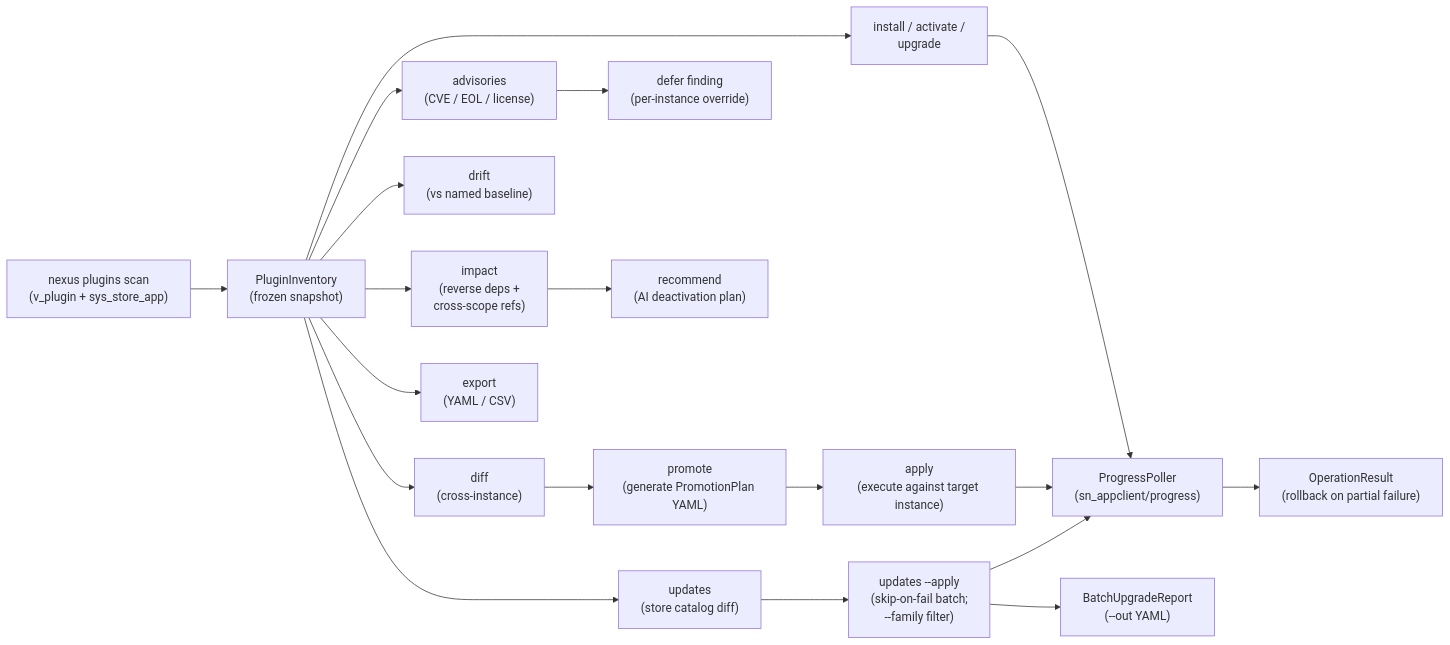
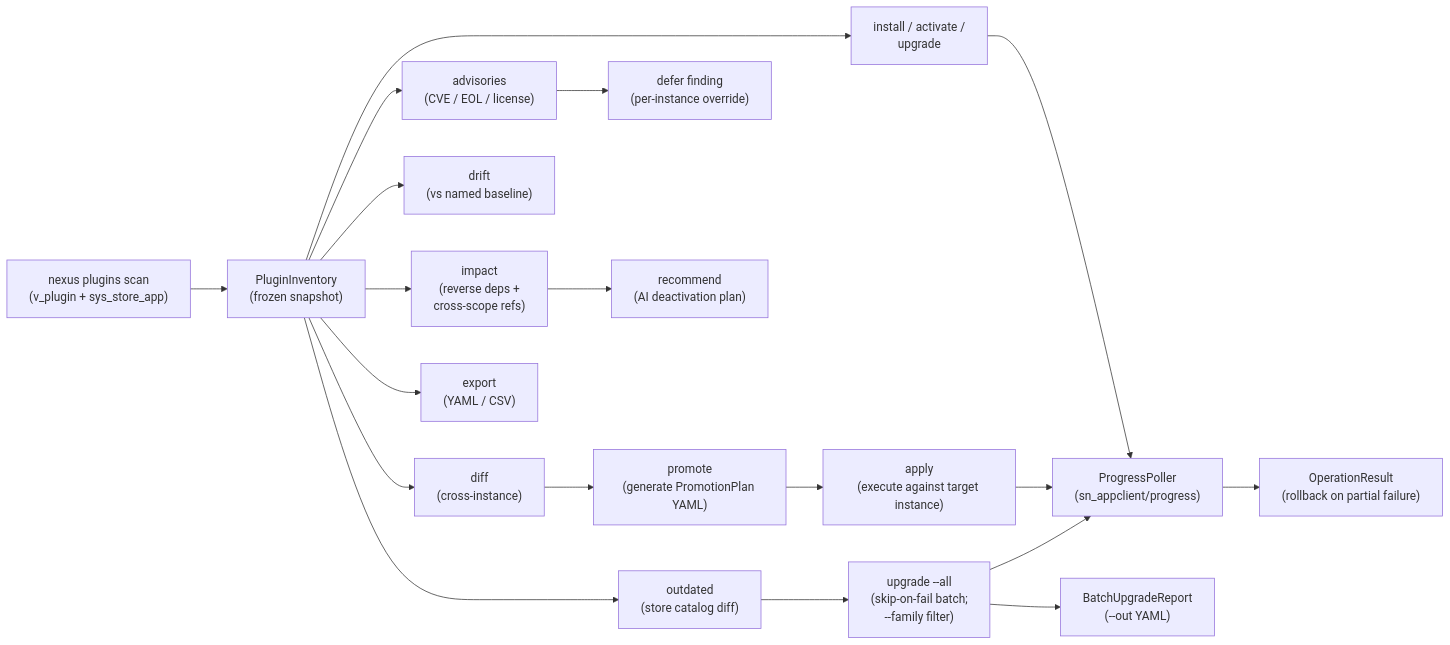
Before and after one commit to pierregrothe/nexus-sn: the third of 3 diagrams in README.md, drawn with Mermaid. The commit also changed other lines of this file and 38 other files, not shown here.

````diff
--- a/README.md
+++ b/README.md
@@ -161,22 +175,22 @@
 ```mermaid
 flowchart LR
     scan["nexus plugins scan\n(v_plugin + sys_store_app)"]
     --> inv["PluginInventory\n(frozen snapshot)"]
     inv --> adv["advisories\n(CVE / EOL / license)"]
     inv --> imp["impact\n(reverse deps +\ncross-scope refs)"]
-    inv --> upd["updates\n(store catalog diff)"]
+    inv --> upd["outdated\n(store catalog diff)"]
     inv --> drift["drift\n(vs named baseline)"]
     inv --> diff["diff\n(cross-instance)"]
     adv --> defer["defer finding\n(per-instance override)"]
     imp --> rec["recommend\n(AI deactivation plan)"]
     inv --> export["export\n(YAML / CSV)"]
     diff --> promote["promote\n(generate PromotionPlan YAML)"]
     promote --> apply["apply\n(execute against target instance)"]
     inv --> exec["install / activate /\nupgrade"]
-    upd --> batch["updates --apply\n(skip-on-fail batch;\n--family filter)"]
+    upd --> batch["upgrade --all\n(skip-on-fail batch;\n--family filter)"]
     exec --> poll["ProgressPoller\n(sn_appclient/progress)"]
     apply --> poll
     batch --> poll
     poll --> result["OperationResult\n(rollback on partial failure)"]
     batch --> report["BatchUpgradeReport\n(--out YAML)"]
 ```
````
